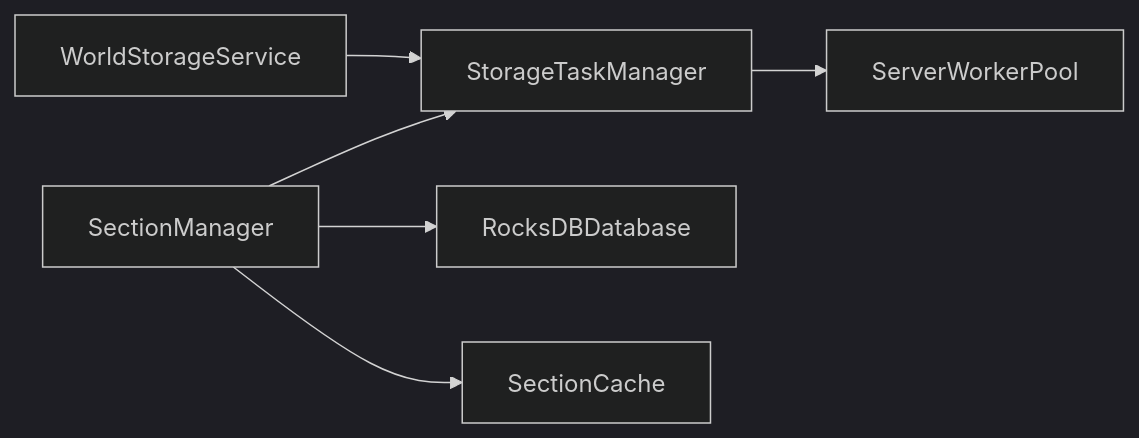
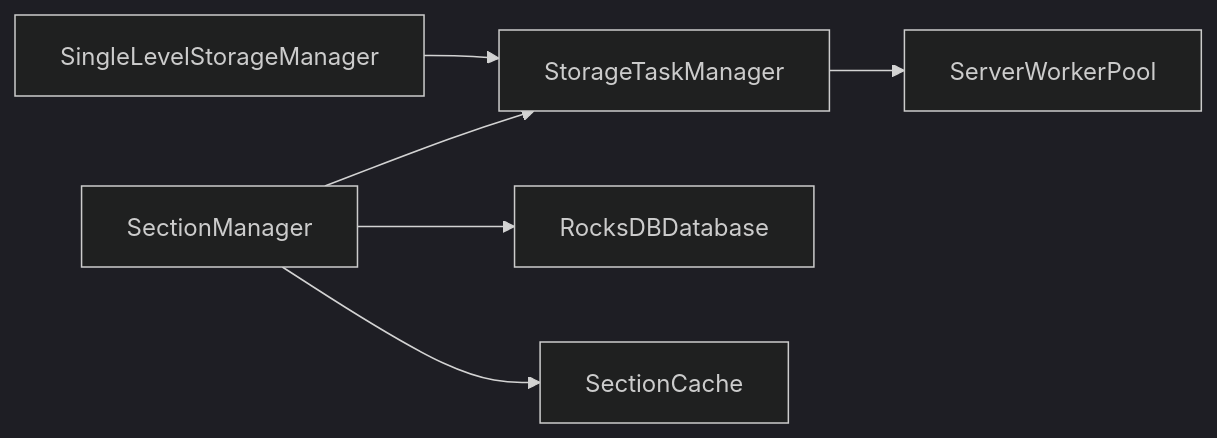
Before and after one commit to g122622/Cubium: the first of 6 diagrams in src/common/world/storage/README.md, drawn with Mermaid (dark theme). The commit also changed other lines of this file and 36 other files, not shown here.

Commit message:
refactor: 重构存储服务，`GlobalStorageManager` 负责跨存档能力，`SingleLevelStorageManager` 负责单存档运行时；删除SaveManager

````diff
--- a/src/common/world/storage/README.md
+++ b/src/common/world/storage/README.md
@@ -271,8 +273,8 @@
 ```mermaid
 flowchart LR
-    A[WorldStorageService] --> B[StorageTaskManager]
+    A[SingleLevelStorageManager] --> B[StorageTaskManager]
     B --> C[ServerWorkerPool]
     D[SectionManager] --> B
     D --> E[RocksDBDatabase]
     D --> F[SectionCache]
 ```
````
